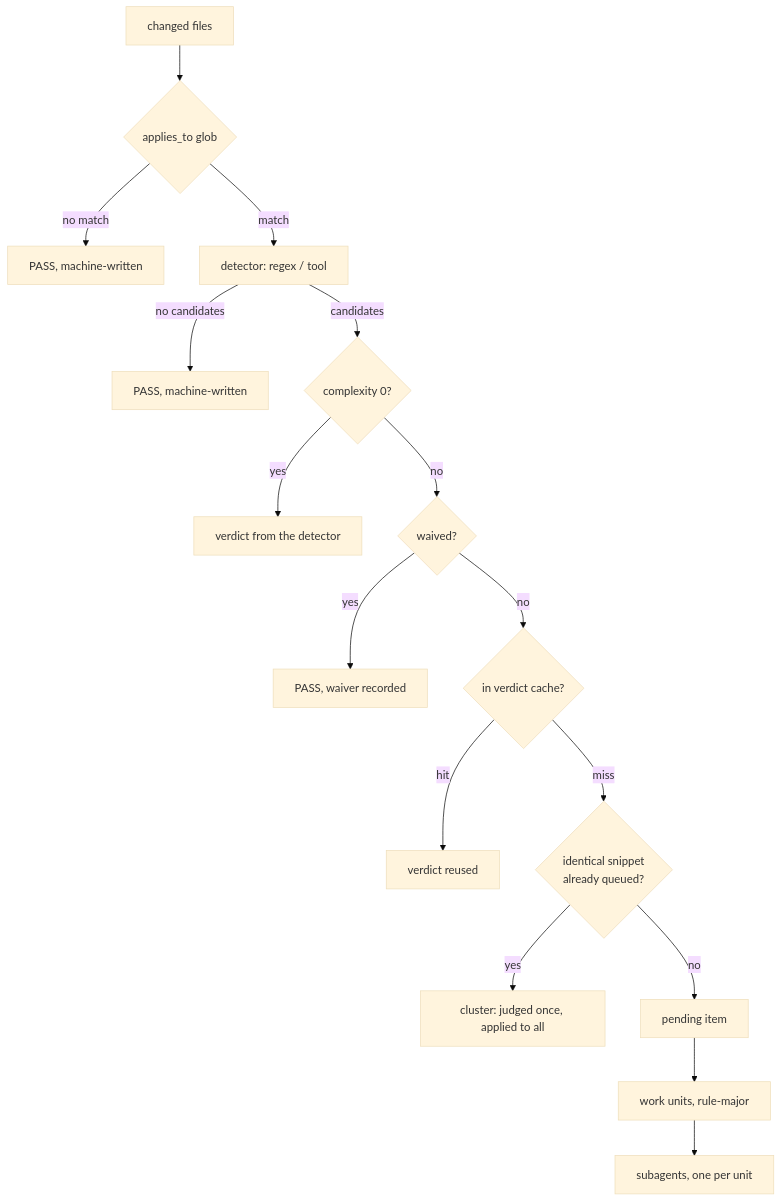
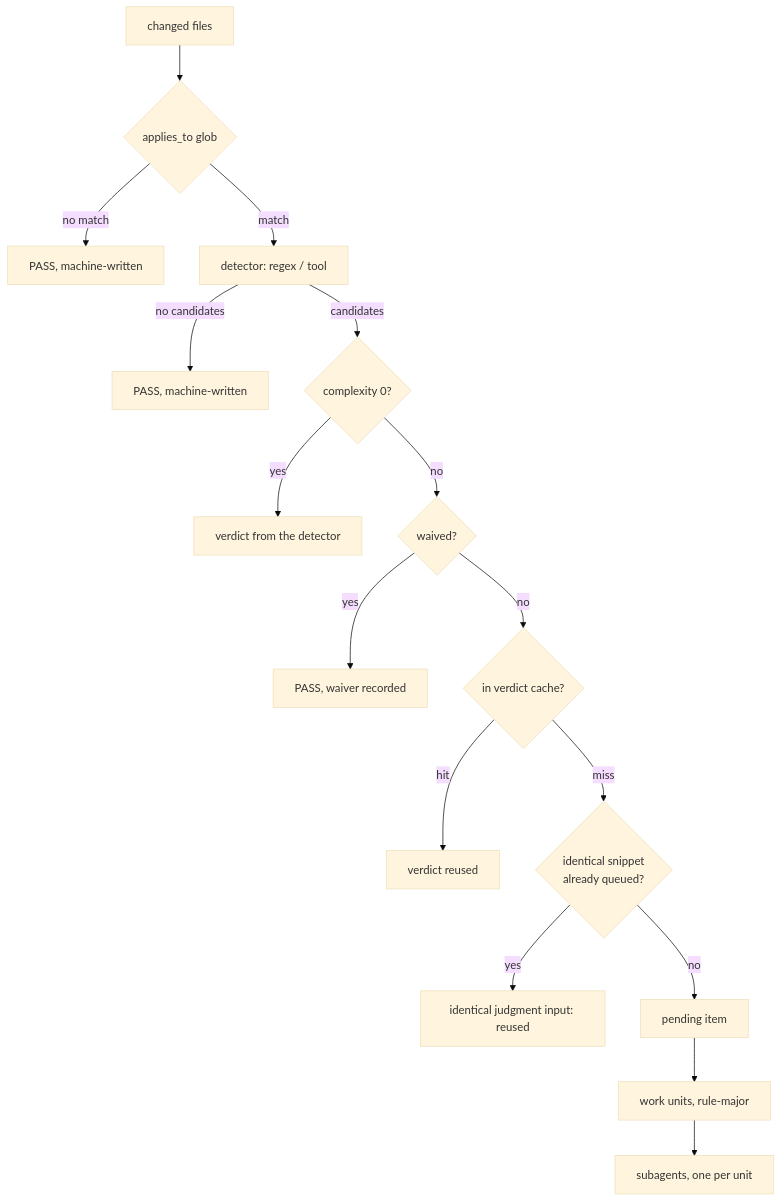
One commit to telekom/controlplane changed the first of 2 diagrams in .agents/ARCHITECTURE.md. Above: the diagram before and after it, drawn with Mermaid (base theme). The commit also changed other lines of this file and 25 other files, not shown here.

````diff
--- a/.agents/ARCHITECTURE.md
+++ b/.agents/ARCHITECTURE.md
@@ -36,18 +37,18 @@
 ```mermaid
 flowchart TD
     A[changed files] --> B{applies_to glob}
     B -->|no match| P1[PASS, machine-written]
     B -->|match| C[detector: regex / tool]
     C -->|no candidates| P2[PASS, machine-written]
     C -->|candidates| D{complexity 0?}
     D -->|yes| V1[verdict from the detector]
     D -->|no| E{waived?}
     E -->|yes| P3[PASS, waiver recorded]
     E -->|no| F{in verdict cache?}
     F -->|hit| V2[verdict reused]
     F -->|miss| G{identical snippet<br/>already queued?}
-    G -->|yes| V3[cluster: judged once, applied to all]
+    G -->|yes| V3[identical judgment input: reused]
     G -->|no| H[pending item]
     H --> I[work units, rule-major]
     I --> J[subagents, one per unit]
 ```
````
